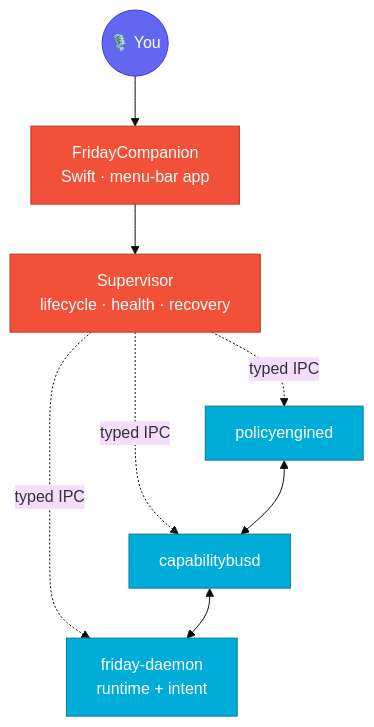
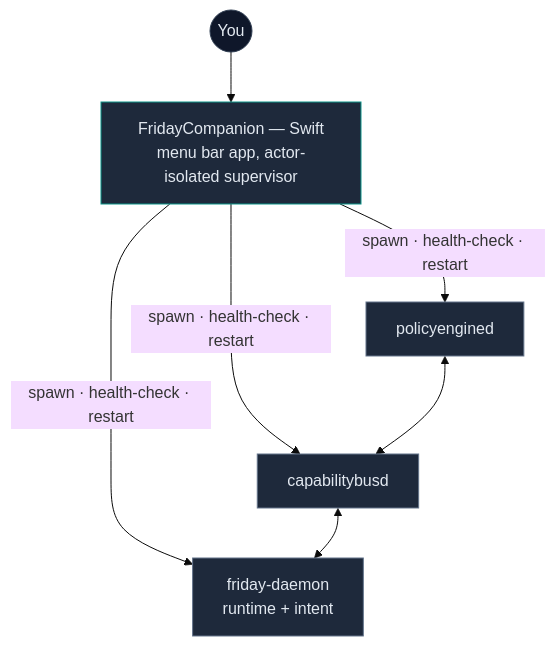
One commit to Sur27codes/FRIDAY changed the first of 2 diagrams in README.md. Above: the diagram before and after it, drawn with Mermaid (base theme). The commit also changed other lines of this file, not shown here.

````diff
--- a/README.md
+++ b/README.md
@@ -33,24 +21,21 @@
 ```mermaid
 graph TD
-    User((🎙️ You))
-    Companion["FridayCompanion<br/>Swift · menu-bar app"]
-    Supervisor["Supervisor<br/>lifecycle · health · recovery"]
+    User(("You"))
+    Companion["FridayCompanion — Swift<br/>menu bar app, actor-isolated supervisor"]
     Policy["policyengined"]
     Bus["capabilitybusd"]
     Daemon["friday-daemon<br/>runtime + intent"]
 
     User --> Companion
-    Companion --> Supervisor
-    Supervisor -.->|typed IPC| Policy
-    Supervisor -.->|typed IPC| Bus
-    Supervisor -.->|typed IPC| Daemon
+    Companion -->|spawn · health-check · restart| Policy
+    Companion -->|spawn · health-check · restart| Bus
+    Companion -->|spawn · health-check · restart| Daemon
     Bus <--> Daemon
     Policy <--> Bus
 
-    classDef swift fill:#F05138,stroke:#b53a26,color:#fff
-    classDef go fill:#00ADD8,stroke:#007d9c,color:#fff
-    classDef user fill:#6366f1,stroke:#4338ca,color:#fff
-    class Companion,Supervisor swift
-    class Policy,Bus,Daemon go
-    class User user
+    style User fill:#0f172a,stroke:#334155,color:#e2e8f0
+    style Companion fill:#1e293b,stroke:#0d9488,color:#e2e8f0
+    style Policy fill:#1e293b,stroke:#64748b,color:#e2e8f0
+    style Bus fill:#1e293b,stroke:#64748b,color:#e2e8f0
+    style Daemon fill:#1e293b,stroke:#64748b,color:#e2e8f0
 ```
````
